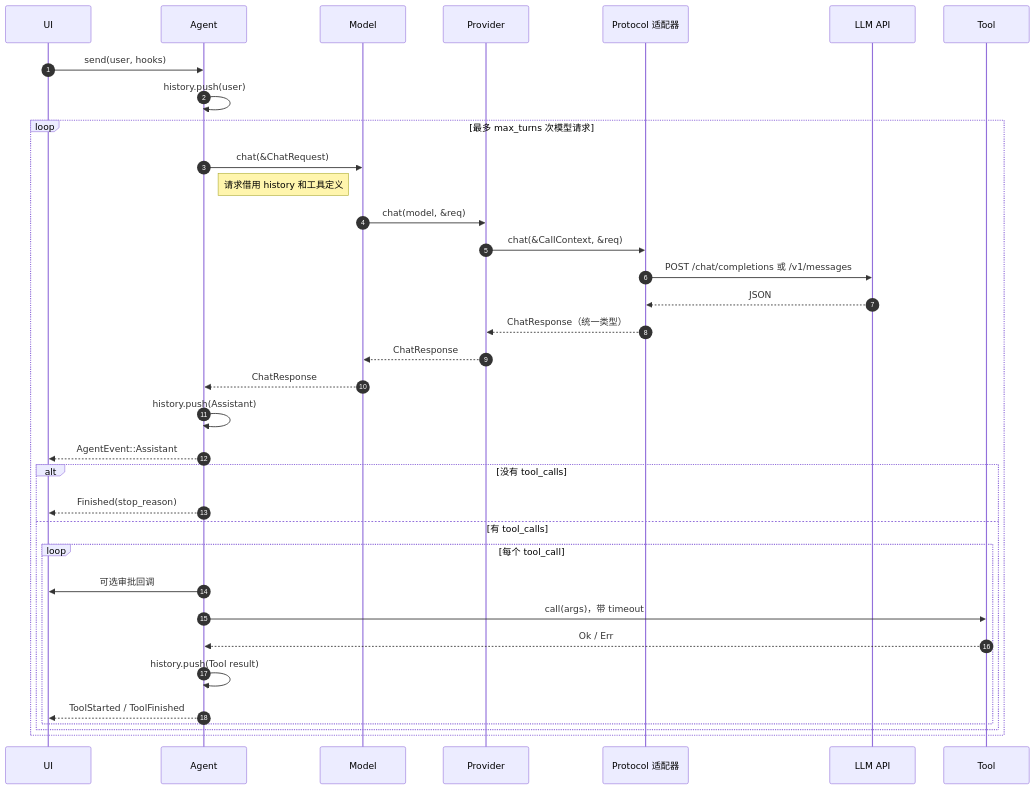
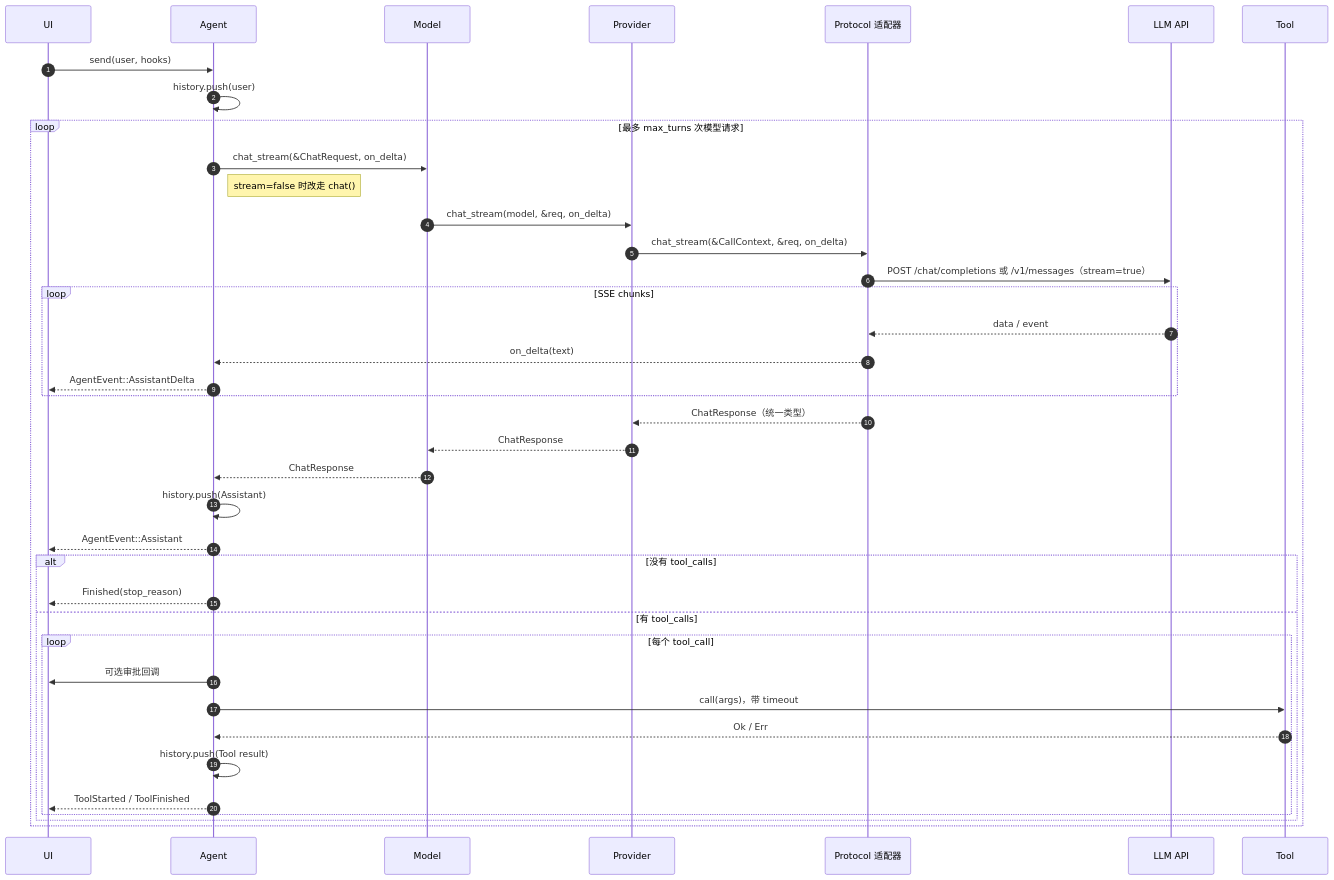
The second of 2 diagrams in docs/ARCHITECTURE.md (jie7410/kunpeng), drawn with Mermaid before and after one commit. The commit also changed other lines of this file and 9 other files, not shown here.

````diff
--- a/docs/ARCHITECTURE.md
+++ b/docs/ARCHITECTURE.md
@@ -95,41 +95,45 @@
 ```mermaid
 sequenceDiagram
     autonumber
     participant UI
     participant A as Agent
     participant M as Model
     participant P as Provider
     participant AD as Protocol 适配器
     participant API as LLM API
     participant T as Tool
 
     UI->>A: send(user, hooks)
     A->>A: history.push(user)
 
     loop 最多 max_turns 次模型请求
-        A->>M: chat(&ChatRequest)
-        Note right of A: 请求借用 history 和工具定义
-        M->>P: chat(model, &req)
-        P->>AD: chat(&CallContext, &req)
-        AD->>API: POST /chat/completions 或 /v1/messages
-        API-->>AD: JSON
+        A->>M: chat_stream(&ChatRequest, on_delta)
+        Note right of A: stream=false 时改走 chat()
+        M->>P: chat_stream(model, &req, on_delta)
+        P->>AD: chat_stream(&CallContext, &req, on_delta)
+        AD->>API: POST /chat/completions 或 /v1/messages（stream=true）
+        loop SSE chunks
+            API-->>AD: data / event
+            AD-->>A: on_delta(text)
+            A-->>UI: AgentEvent::AssistantDelta
+        end
         AD-->>P: ChatResponse（统一类型）
         P-->>M: ChatResponse
         M-->>A: ChatResponse
 
         A->>A: history.push(Assistant)
         A-->>UI: AgentEvent::Assistant
 
         alt 没有 tool_calls
             A-->>UI: Finished(stop_reason)
         else 有 tool_calls
             loop 每个 tool_call
                 A->>UI: 可选审批回调
                 A->>T: call(args)，带 timeout
                 T-->>A: Ok / Err
                 A->>A: history.push(Tool result)
                 A-->>UI: ToolStarted / ToolFinished
             end
         end
     end
 ```
````
